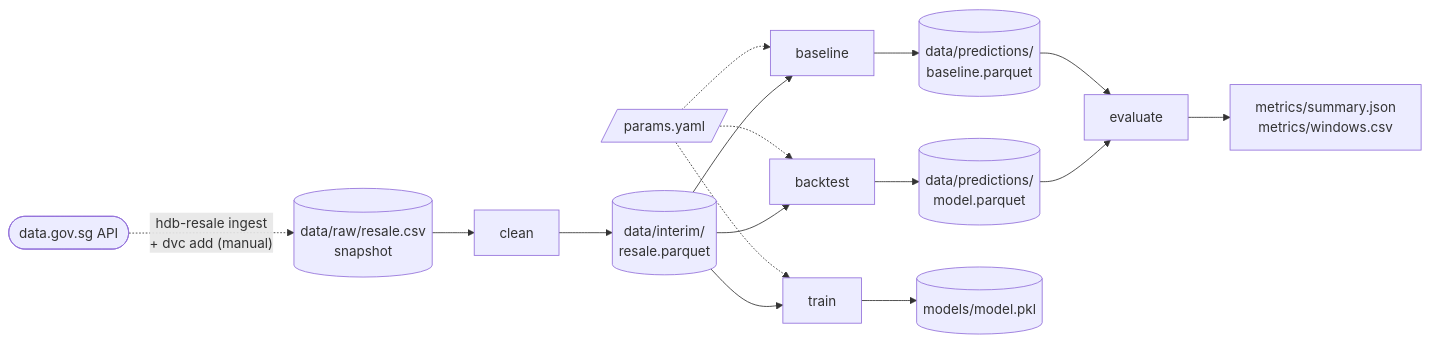
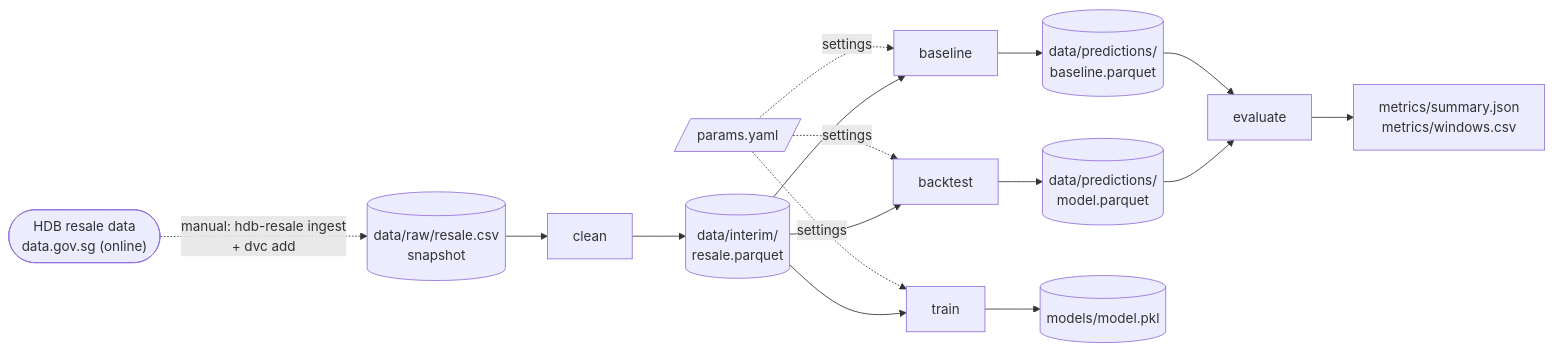
Before and after one commit to bjayles/machine-learning: the diagram in projects/01-hdb-resale/README.md, drawn with Mermaid. The commit also changed other lines of this file, not shown here.

Commit message:
Label the README diagram's arrows
Name the online source, label the two dashed arrows (the manual download,
outside the pipeline, and the settings each stage reads), and add a legend.

````diff
--- a/projects/01-hdb-resale/README.md
+++ b/projects/01-hdb-resale/README.md
@@ -163,13 +163,13 @@
 ```mermaid
 flowchart LR
-    api(["data.gov.sg API"]) -. "hdb-resale ingest<br/>+ dvc add (manual)" .-> raw[("data/raw/resale.csv<br/>snapshot")]
+    api(["HDB resale data<br/>data.gov.sg (online)"]) -. "manual: hdb-resale ingest<br/>+ dvc add" .-> raw[("data/raw/resale.csv<br/>snapshot")]
     raw --> clean
     clean --> cleaned[("data/interim/<br/>resale.parquet")]
-    params[/"params.yaml"/] -.-> baseline & backtest & train
+    params[/"params.yaml"/] -. "settings" .-> baseline & backtest & train
     cleaned --> baseline & backtest & train
     baseline --> bpred[("data/predictions/<br/>baseline.parquet")]
     backtest --> mpred[("data/predictions/<br/>model.parquet")]
     bpred & mpred --> evaluate
     evaluate --> metrics["metrics/summary.json<br/>metrics/windows.csv"]
     train --> model[("models/model.pkl")]
 ```
````
